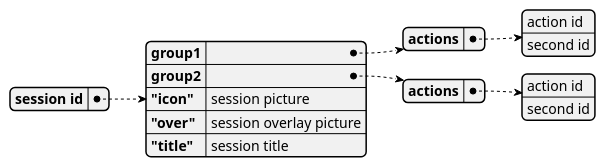
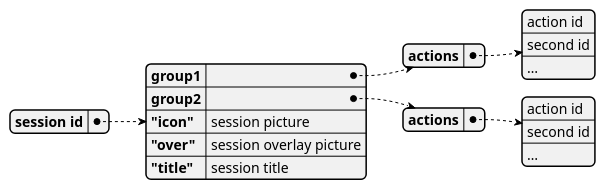
One commit to MARTIMM/SessionManager changed the fourth of 7 diagrams in doc/session-manager.md. Above: the diagram before and after it, drawn with PlantUML. The commit also changed other lines of this file, not shown here.

````diff
--- a/doc/session-manager.md
+++ b/doc/session-manager.md
@@ -137,16 +154,18 @@
 ```plantuml
 @startyaml
 session id: 
   group1: 
     actions: 
       - action id
       - second id
+      - …
   group2:
     actions: 
       - action id
       - second id
+      - …
   "icon": session picture
   "over": session overlay picture
   "title": session title
 @endyaml
 ```
````
